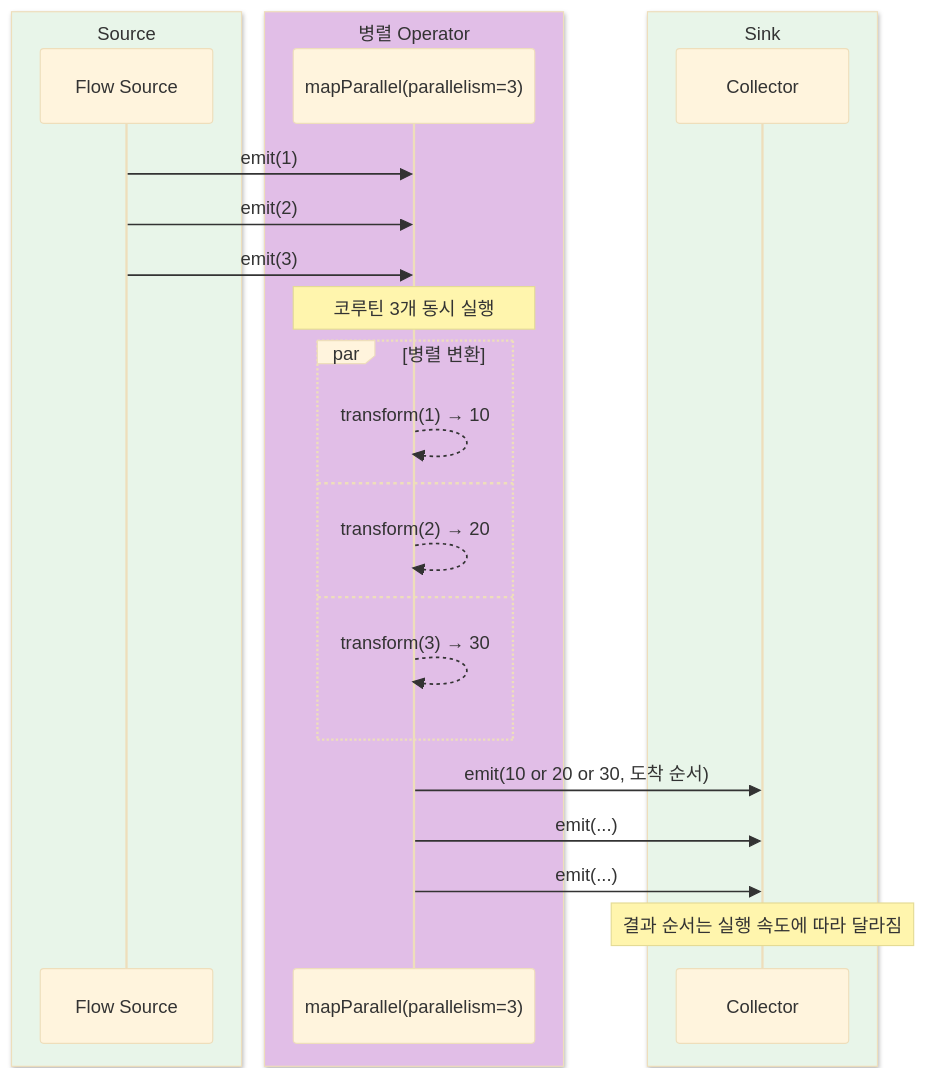
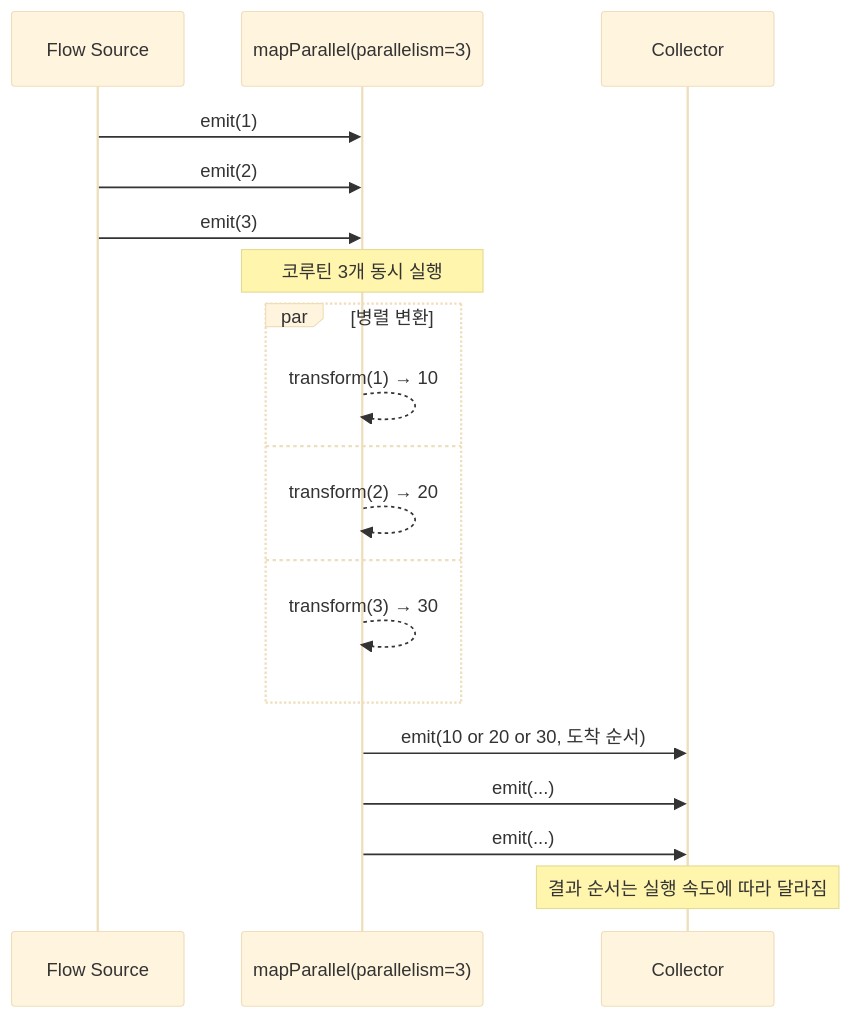
One commit to bluetape4k/bluetape4k-projects changed the eighth of 16 diagrams in bluetape4k/coroutines/README.ko.md. Above: the diagram before and after it, drawn with Mermaid (base theme). The commit also changed other lines of this file and 219 other files, not shown here.

First line of the commit message:
docs: 전체 README Mermaid 다이어그램 가이드 적용

````diff
--- a/bluetape4k/coroutines/README.ko.md
+++ b/bluetape4k/coroutines/README.ko.md
@@ -472,27 +450,21 @@
 ```mermaid
 sequenceDiagram
-    box rgb(232, 245, 233) Source
         participant S as Flow Source
-    end
-    box rgb(225, 190, 231) 병렬 Operator
         participant MP as mapParallel(parallelism=3)
-    end
-    box rgb(232, 245, 233) Sink
         participant R as Collector
-    end
     S ->> MP: emit(1)
     S ->> MP: emit(2)
     S ->> MP: emit(3)
     Note over MP: 코루틴 3개 동시 실행
     par 병렬 변환
         MP -->> MP: transform(1) → 10
     and
         MP -->> MP: transform(2) → 20
     and
         MP -->> MP: transform(3) → 30
     end
     MP ->> R: emit(10 or 20 or 30, 도착 순서)
     MP ->> R: emit(...)
     MP ->> R: emit(...)
     Note over R: 결과 순서는 실행 속도에 따라 달라짐
 ```
````
